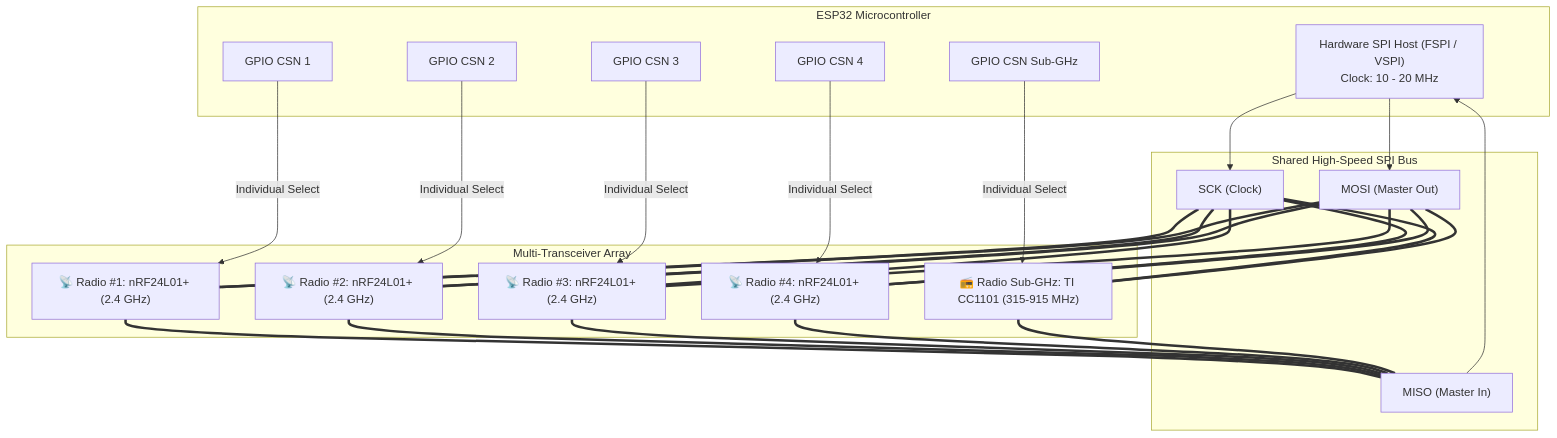
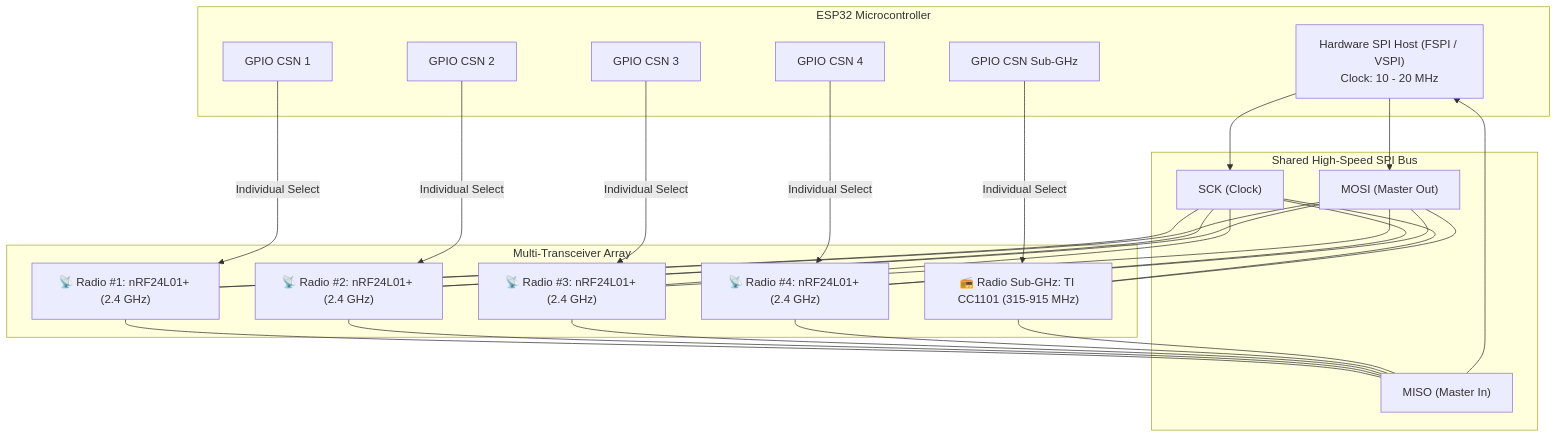
The second of 3 diagrams in docs/ARCHITECTURE.md (AtaCanYmc/esp32-rf-sword), drawn with Mermaid before and after one commit. The commit also changed other lines of this file and 2 other files, not shown here.

Commit message:
Fix Mermaid syntax in README and docs to resolve dagre rendering errors

````diff
--- a/docs/ARCHITECTURE.md
+++ b/docs/ARCHITECTURE.md
@@ -50,39 +52,53 @@
 ```mermaid
 flowchart TD
     subgraph MCU ["ESP32 Microcontroller"]
         SPI_MASTER["Hardware SPI Host (FSPI / VSPI)<br/>Clock: 10 - 20 MHz"]
         GPIO_CSN1["GPIO CSN 1"]
         GPIO_CSN2["GPIO CSN 2"]
         GPIO_CSN3["GPIO CSN 3"]
         GPIO_CSN4["GPIO CSN 4"]
         GPIO_CSN_SUB["GPIO CSN Sub-GHz"]
     end
 
     subgraph SPI_LINES ["Shared High-Speed SPI Bus"]
         SCK["SCK (Clock)"]
         MOSI["MOSI (Master Out)"]
         MISO["MISO (Master In)"]
     end
 
     subgraph TRANSCEIVERS ["Multi-Transceiver Array"]
         R1["📡 Radio #1: nRF24L01+ (2.4 GHz)"]
         R2["📡 Radio #2: nRF24L01+ (2.4 GHz)"]
         R3["📡 Radio #3: nRF24L01+ (2.4 GHz)"]
         R4["📡 Radio #4: nRF24L01+ (2.4 GHz)"]
         RSUB["📻 Radio Sub-GHz: TI CC1101 (315-915 MHz)"]
     end
 
     SPI_MASTER --> SCK
     SPI_MASTER --> MOSI
     MISO --> SPI_MASTER
 
-    SCK === R1 & R2 & R3 & R4 & RSUB
-    MOSI === R1 & R2 & R3 & R4 & RSUB
-    R1 & R2 & R3 & R4 & RSUB === MISO
+    SCK --- R1
+    SCK --- R2
+    SCK --- R3
+    SCK --- R4
+    SCK --- RSUB
+
+    MOSI --- R1
+    MOSI --- R2
+    MOSI --- R3
+    MOSI --- R4
+    MOSI --- RSUB
+
+    R1 --- MISO
+    R2 --- MISO
+    R3 --- MISO
+    R4 --- MISO
+    RSUB --- MISO
 
     GPIO_CSN1 -->|Individual Select| R1
     GPIO_CSN2 -->|Individual Select| R2
     GPIO_CSN3 -->|Individual Select| R3
     GPIO_CSN4 -->|Individual Select| R4
     GPIO_CSN_SUB -->|Individual Select| RSUB
 ```
````
